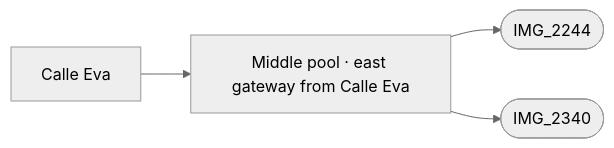
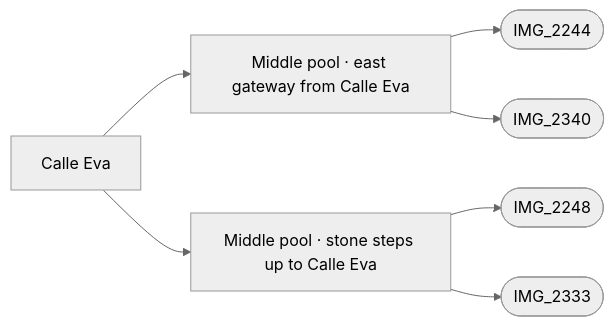
Before and after one commit to daveyboyc/villacana-venture: the diagram in refs/areas/eva.md, drawn with Mermaid (neutral theme). The commit also changed other lines of this file and 23 other files, not shown here.

First line of the commit message:
Middle pool: the west side steps up to the Dalí level, as the photos show

````diff
--- a/refs/areas/eva.md
+++ b/refs/areas/eva.md
@@ -36,7 +36,10 @@
 ```mermaid
 graph LR
   A["Calle Eva"]
   A --> F0["Middle pool · east gateway from Calle Eva"]
   F0 --> PIMG_2244_jpg(["IMG_2244"])
   F0 --> PIMG_2340_jpg(["IMG_2340"])
+  A --> F1["Middle pool · stone steps up to Calle Eva"]
+  F1 --> PIMG_2248_jpg(["IMG_2248"])
+  F1 --> PIMG_2333_jpg(["IMG_2333"])
 ```
````
